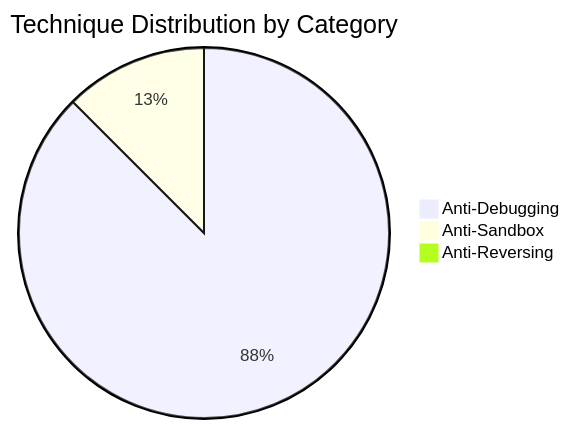
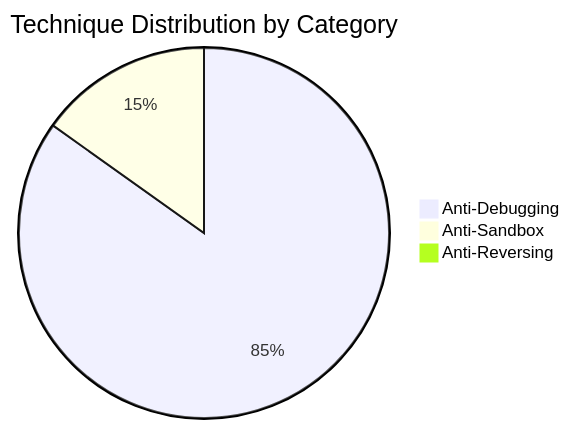
Before and after one commit to mabj/anti: the second of 8 diagrams in docs/diagrams/taxonomy.md, drawn with Mermaid. The commit also changed other lines of this file and 12 other files, not shown here.

Commit message:
Adding 2 time-based anti-sandbox techniques AS007 and AS010

````diff
--- a/docs/diagrams/taxonomy.md
+++ b/docs/diagrams/taxonomy.md
@@ -34,6 +34,6 @@
 ```mermaid
 pie title Technique Distribution by Category
     "Anti-Debugging" : 56
-    "Anti-Sandbox" : 8
+    "Anti-Sandbox" : 10
     "Anti-Reversing" : 0
 ```
````
